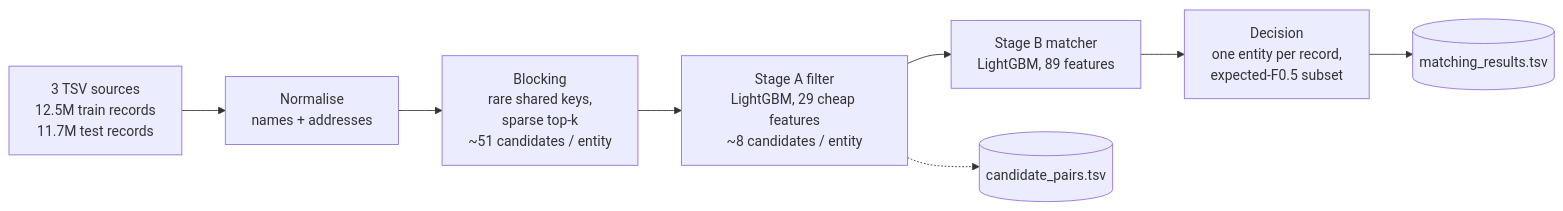
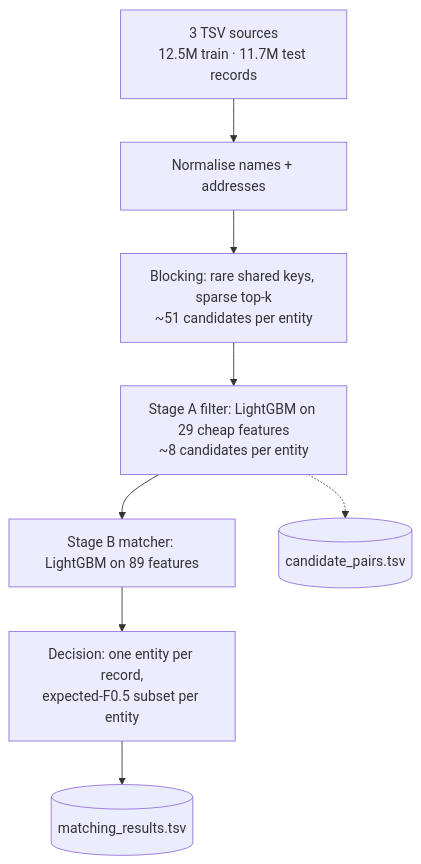
The diagram in README.md (Param-M/Amazon_ML_Challenge), drawn with Mermaid before and after one commit. The commit also changed 7 other files, not shown here.

First line of the commit message:
Polish README figures and pipeline diagram

````diff
--- a/README.md
+++ b/README.md
@@ -88,10 +88,10 @@
 ```mermaid
-flowchart LR
-    A["3 TSV sources<br/>12.5M train records<br/>11.7M test records"] --> B["Normalise<br/>names + addresses"]
-    B --> C["Blocking<br/>rare shared keys,<br/>sparse top-k<br/>~51 candidates / entity"]
-    C --> D["Stage A filter<br/>LightGBM, 29 cheap features<br/>~8 candidates / entity"]
-    D --> E["Stage B matcher<br/>LightGBM, 89 features"]
-    E --> F["Decision<br/>one entity per record,<br/>expected-F0.5 subset"]
+flowchart TD
+    A["3 TSV sources<br/>12.5M train · 11.7M test records"] --> B["Normalise names + addresses"]
+    B --> C["Blocking: rare shared keys, sparse top-k<br/>~51 candidates per entity"]
+    C --> D["Stage A filter: LightGBM on 29 cheap features<br/>~8 candidates per entity"]
+    D --> E["Stage B matcher: LightGBM on 89 features"]
+    E --> F["Decision: one entity per record,<br/>expected-F0.5 subset per entity"]
     D -.-> G[("candidate_pairs.tsv")]
     F --> H[("matching_results.tsv")]
 ```
````
